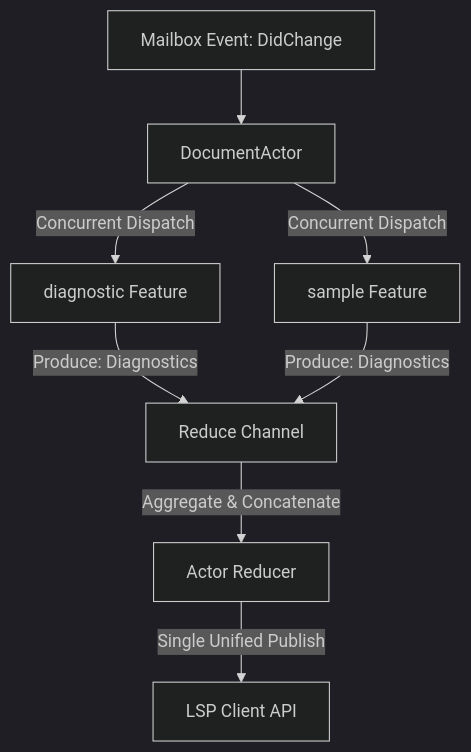
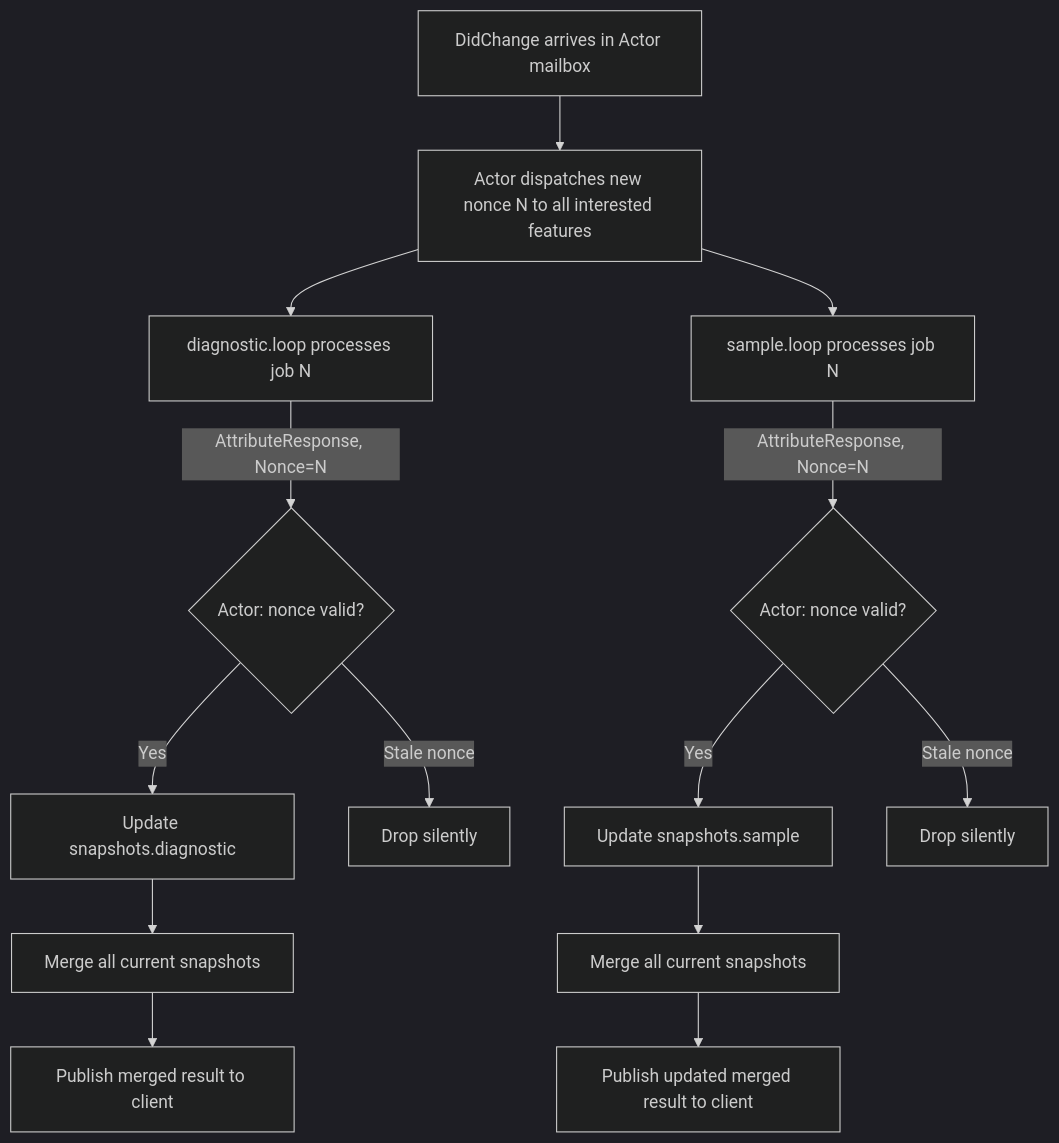
One commit to teyfix/bloblang-lsp changed the first of 2 diagrams in docs/generic_api.md. Above: the diagram before and after it, drawn with Mermaid (dark theme). The commit also changed other lines of this file and 6 other files, not shown here.

First line of the commit message:
docs: encode per-document goroutine mailbox model and streaming reduction

````diff
--- a/docs/generic_api.md
+++ b/docs/generic_api.md
@@ -57,12 +195,19 @@
 ```mermaid
 graph TD
-    Event[Mailbox Event: DidChange] --> Actor[DocumentActor]
-    Actor -->|Concurrent Dispatch| Producer1[diagnostic Feature]
-    Actor -->|Concurrent Dispatch| Producer2[sample Feature]
-    
-    Producer1 -->|Produce: Diagnostics| ReduceCh[Reduce Channel]
-    Producer2 -->|Produce: Diagnostics| ReduceCh
-    
-    ReduceCh -->|Aggregate & Concatenate| Reducer[Actor Reducer]
-    Reducer -->|Single Unified Publish| Client[LSP Client API]
+    Event[DidChange arrives in Actor mailbox] --> Dispatch[Actor dispatches new nonce N to all interested features]
+    Dispatch --> FeatureLoop1[diagnostic.loop processes job N]
+    Dispatch --> FeatureLoop2[sample.loop processes job N]
+
+    FeatureLoop1 -->|AttributeResponse, Nonce=N| ReplyCheck1{Actor: nonce valid?}
+    ReplyCheck1 -->|Yes| UpdateSnap1[Update snapshots.diagnostic]
+    UpdateSnap1 --> Merge[Merge all current snapshots]
+    Merge --> Publish1[Publish merged result to client]
+
+    FeatureLoop2 -->|AttributeResponse, Nonce=N| ReplyCheck2{Actor: nonce valid?}
+    ReplyCheck2 -->|Yes| UpdateSnap2[Update snapshots.sample]
+    UpdateSnap2 --> Merge2[Merge all current snapshots]
+    Merge2 --> Publish2[Publish updated merged result to client]
+
+    ReplyCheck1 -->|Stale nonce| Drop1[Drop silently]
+    ReplyCheck2 -->|Stale nonce| Drop2[Drop silently]
 ```
````
